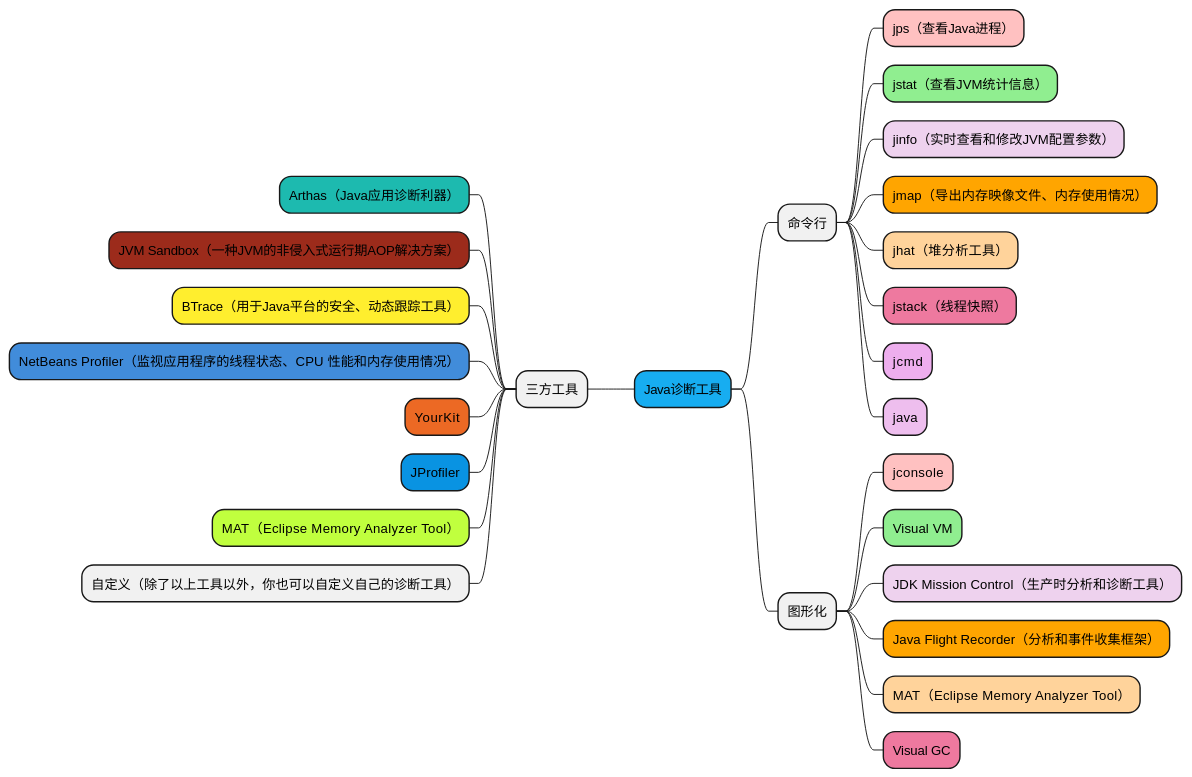
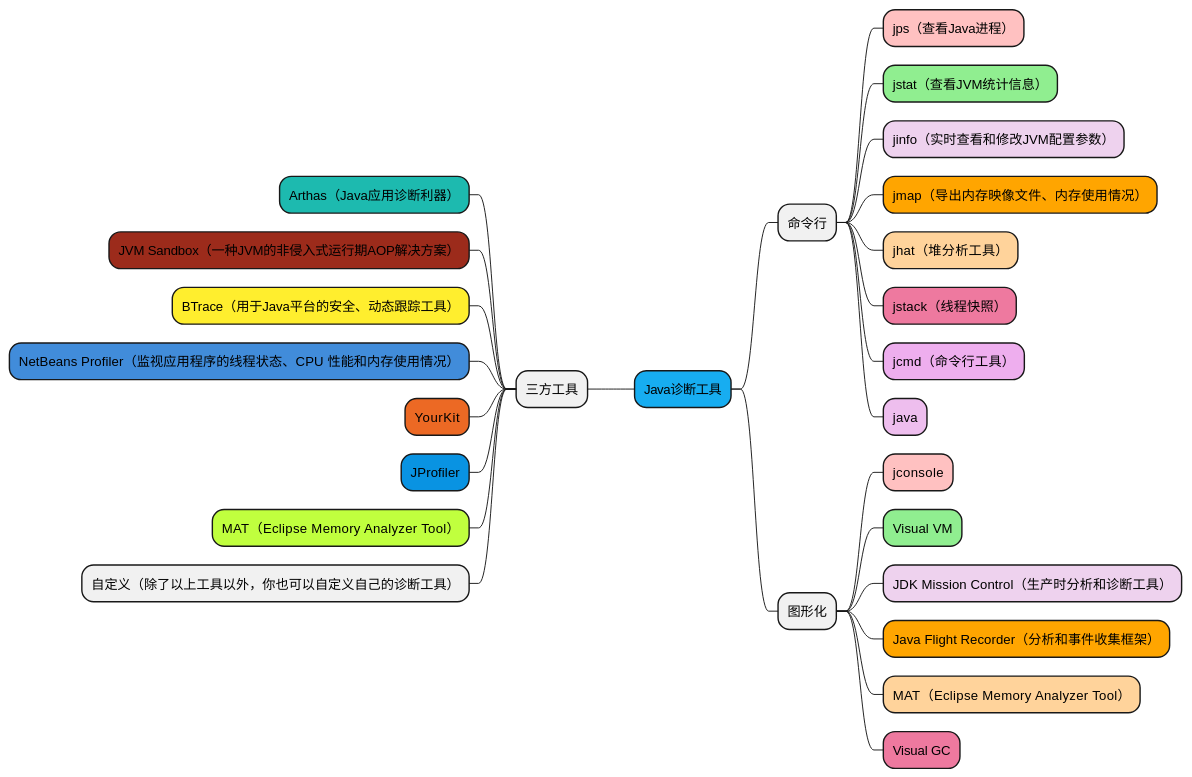
Before and after one commit to youngledo/java-guide: the diagram in docs/java/tools/overview.md, drawn with PlantUML. The commit also changed 4 other files, not shown here.

````diff
--- a/docs/java/tools/overview.md
+++ b/docs/java/tools/overview.md
@@ -20,30 +20,30 @@
 ```plantuml
 @startmindmap
 +[#17ADF1] Java诊断工具
 ++ 命令行
 +++[#FFC1C1] jps（查看Java进程）
 +++[#90EE90] jstat（查看JVM统计信息）
 +++[#EED2EE] jinfo（实时查看和修改JVM配置参数）
 +++[#FFA500] jmap（导出内存映像文件、内存使用情况）
 +++[#FFD39B] jhat（堆分析工具）
 +++[#EE799F] jstack（线程快照）
-+++[#EEAEEE] jcmd
++++[#EEAEEE] jcmd（命令行工具）
 +++[#EEBEEE] java
 ++ 图形化
 +++[#FFC1C1] jconsole
 +++[#90EE90] Visual VM
 +++[#EED2EE] JDK Mission Control（生产时分析和诊断工具）
 +++[#FFA500] Java Flight Recorder（分析和事件收集框架）
 +++[#FFD39B] MAT（Eclipse Memory Analyzer Tool）
 +++[#EE799F] Visual GC
 -- 三方工具
 ---[#1DBAAF] Arthas（Java应用诊断利器）
 ---[#9C2B1B] JVM Sandbox（一种JVM的非侵入式运行期AOP解决方案）
 ---[#FFEE2E] BTrace（用于Java平台的安全、动态跟踪工具）
 ---[#418CDA] NetBeans Profiler（监视应用程序的线程状态、CPU 性能和内存使用情况）
 ---[#EC6924] YourKit
 ---[#0993E2] JProfiler
 ---[#C0FF3E] MAT（Eclipse Memory Analyzer Tool）
 --- 自定义（除了以上工具以外，你也可以自定义自己的诊断工具）
 @endmindmap
 ```
````
